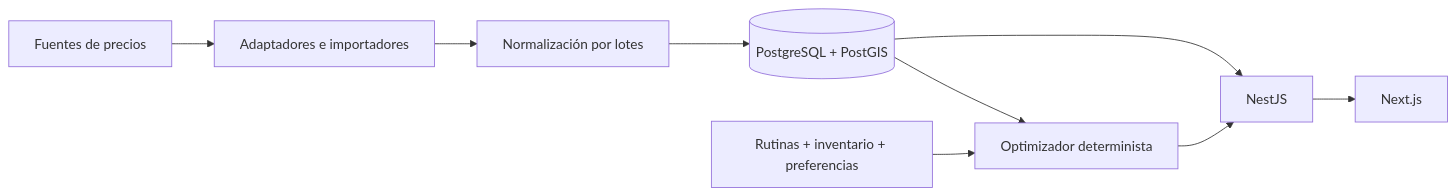
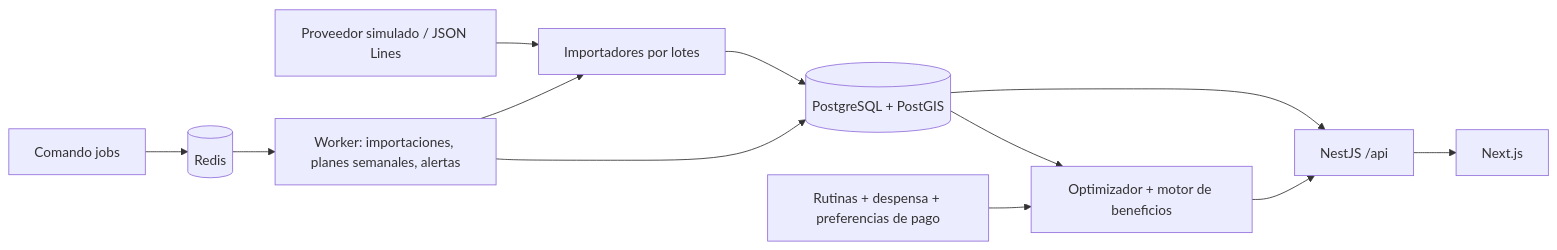
One commit to matiasstr/solucionadoApp changed the diagram in README.md. Above: the diagram before and after it, drawn with Mermaid. The commit also changed other lines of this file and 40 other files, not shown here.

````diff
--- a/README.md
+++ b/README.md
@@ -17,11 +23,14 @@
 ```mermaid
 flowchart LR
-  Sources[Fuentes de precios] --> Importers[Adaptadores e importadores]
-  Importers --> Normalizer[Normalización por lotes]
-  Normalizer --> DB[(PostgreSQL + PostGIS)]
-  DB --> API[NestJS]
+  Sources[Proveedor simulado / JSON Lines] --> Importers[Importadores por lotes]
+  Importers --> DB[(PostgreSQL + PostGIS)]
+  Jobs[Comando jobs] --> Redis[(Redis)]
+  Redis --> Worker[Worker: importaciones, planes semanales, alertas]
+  Worker --> Importers
+  Worker --> DB
+  DB --> API[NestJS /api]
   API --> Web[Next.js]
-  Needs[Rutinas + inventario + preferencias] --> Optimizer[Optimizador determinista]
+  Needs[Rutinas + despensa + preferencias de pago] --> Optimizer[Optimizador + motor de beneficios]
   DB --> Optimizer
   Optimizer --> API
 ```
````
